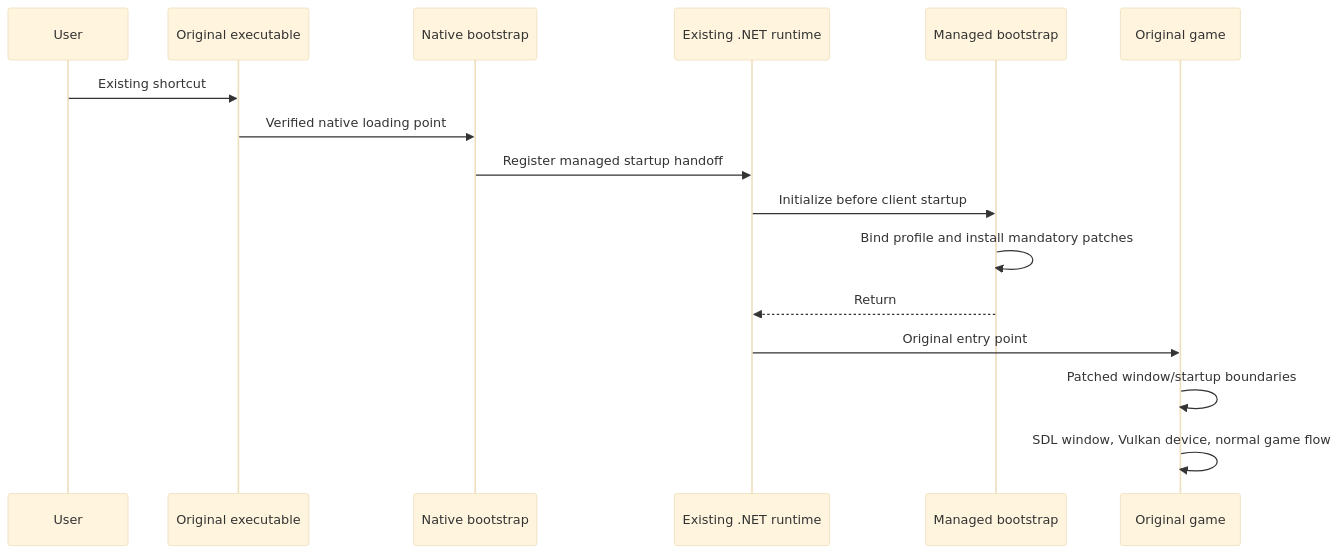
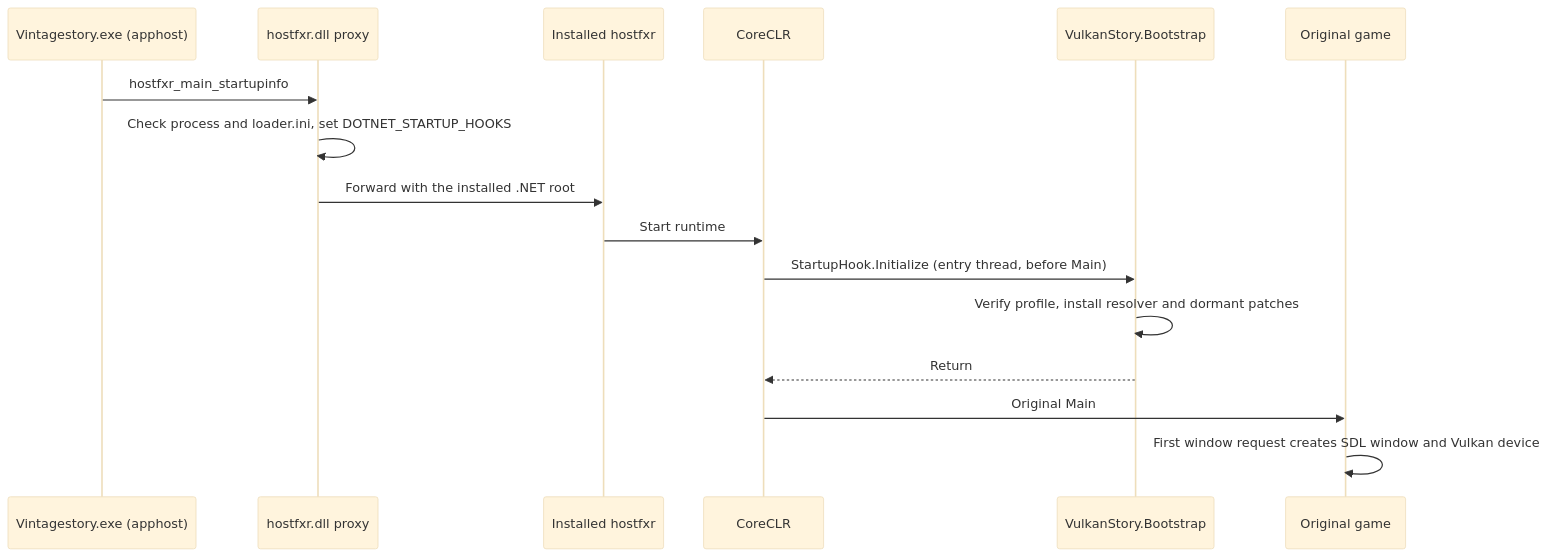
The diagram in docs/bootstrap-and-installation.md (KillerPixelCrew/VulkanStory), drawn with Mermaid (base theme) before and after one commit. The commit also changed other lines of this file and 10 other files, not shown here.

````diff
--- a/docs/bootstrap-and-installation.md
+++ b/docs/bootstrap-and-installation.md
@@ -27,18 +17,18 @@
 ```mermaid
 sequenceDiagram
-    participant User
-    participant Exe as Original executable
-    participant Proxy as Native bootstrap
-    participant CLR as Existing .NET runtime
-    participant Boot as Managed bootstrap
+    participant Exe as Vintagestory.exe (apphost)
+    participant Proxy as hostfxr.dll proxy
+    participant Fxr as Installed hostfxr
+    participant CLR as CoreCLR
+    participant Boot as VulkanStory.Bootstrap
     participant Game as Original game
-    User->>Exe: Existing shortcut
-    Exe->>Proxy: Verified native loading point
-    Proxy->>CLR: Register managed startup handoff
-    CLR->>Boot: Initialize before client startup
-    Boot->>Boot: Bind profile and install mandatory patches
+    Exe->>Proxy: hostfxr_main_startupinfo
+    Proxy->>Proxy: Check process and loader.ini, set DOTNET_STARTUP_HOOKS
+    Proxy->>Fxr: Forward with the installed .NET root
+    Fxr->>CLR: Start runtime
+    CLR->>Boot: StartupHook.Initialize (entry thread, before Main)
+    Boot->>Boot: Verify profile, install resolver and dormant patches
     Boot-->>CLR: Return
-    CLR->>Game: Original entry point
-    Game->>Game: Patched window/startup boundaries
-    Game->>Game: SDL window, Vulkan device, normal game flow
+    CLR->>Game: Original Main
+    Game->>Game: First window request creates SDL window and Vulkan device
 ```
````
